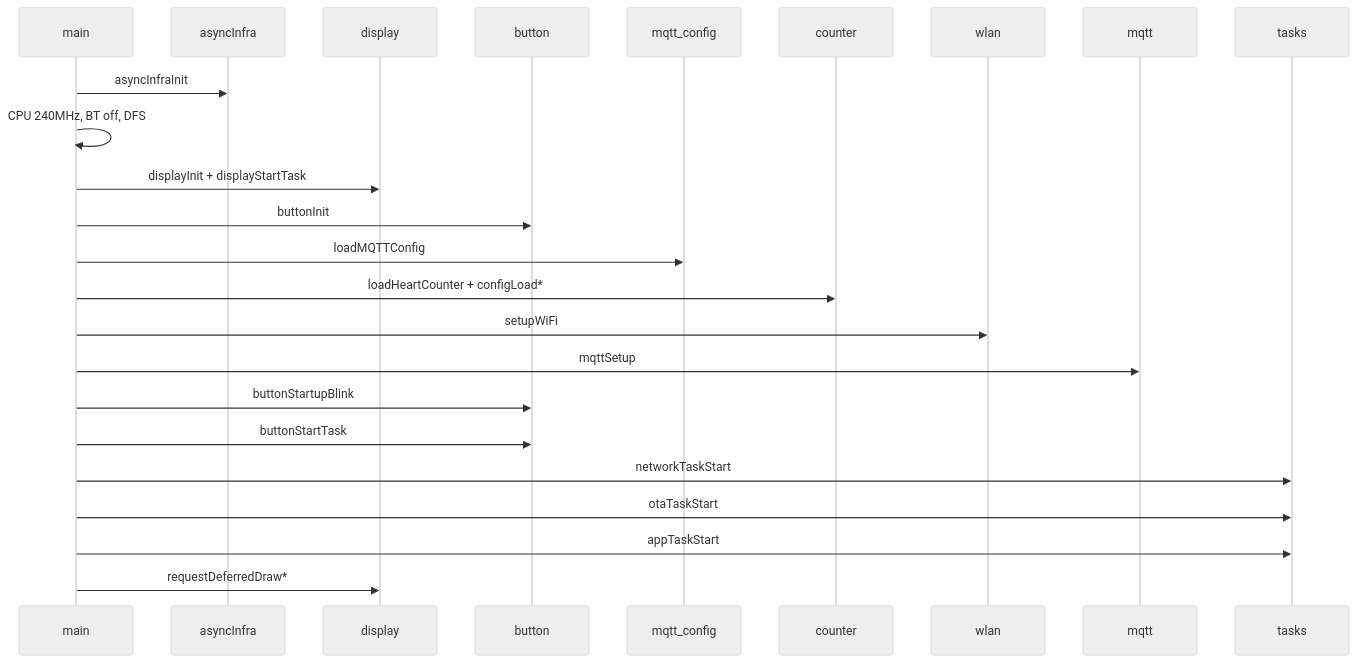
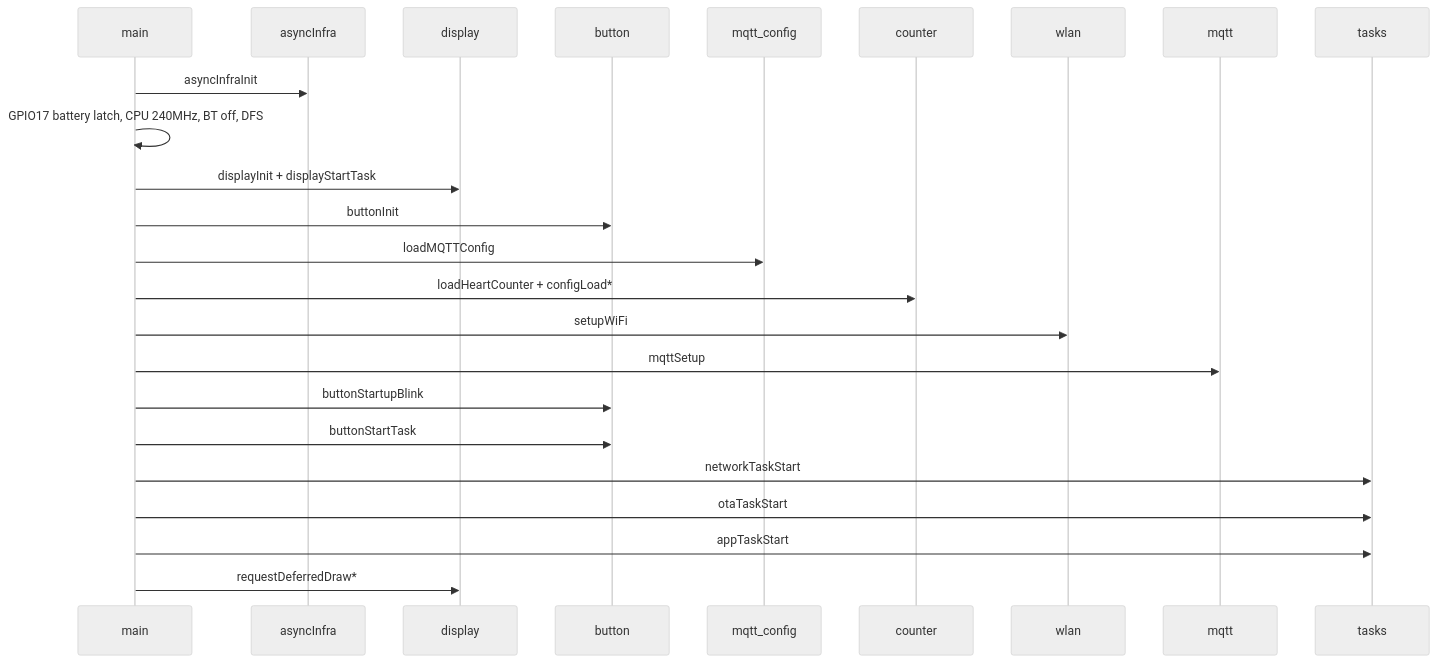
Before and after one commit to EyJunge1/chaya2mqtt: the second of 3 diagrams in docs/ARCHITECTURE.md, drawn with Mermaid (neutral theme). The commit also changed other lines of this file and 16 other files, not shown here.

````diff
--- a/docs/ARCHITECTURE.md
+++ b/docs/ARCHITECTURE.md
@@ -107,27 +107,27 @@
 ```mermaid
 sequenceDiagram
     participant M as main
     participant A as asyncInfra
     participant D as display
     participant B as button
     participant C as mqtt_config
     participant N as counter
     participant W as wlan
     participant Q as mqtt
     participant T as tasks
 
     M->>A: asyncInfraInit
-    M->>M: CPU 240MHz, BT off, DFS
+    M->>M: GPIO17 battery latch, CPU 240MHz, BT off, DFS
     M->>D: displayInit + displayStartTask
     M->>B: buttonInit
     M->>C: loadMQTTConfig
     M->>N: loadHeartCounter + configLoad*
     M->>W: setupWiFi
     M->>Q: mqttSetup
     M->>B: buttonStartupBlink
     M->>B: buttonStartTask
     M->>T: networkTaskStart
     M->>T: otaTaskStart
     M->>T: appTaskStart
     M->>D: requestDeferredDraw*
 ```
````
